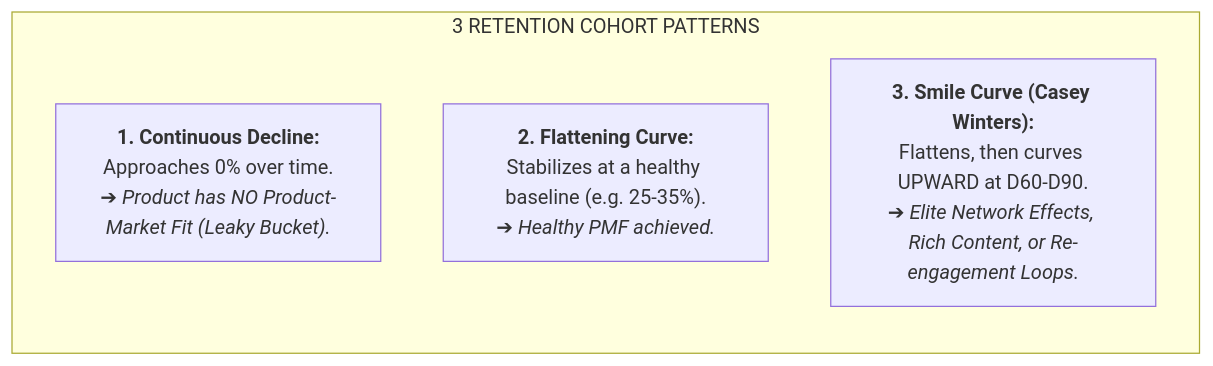
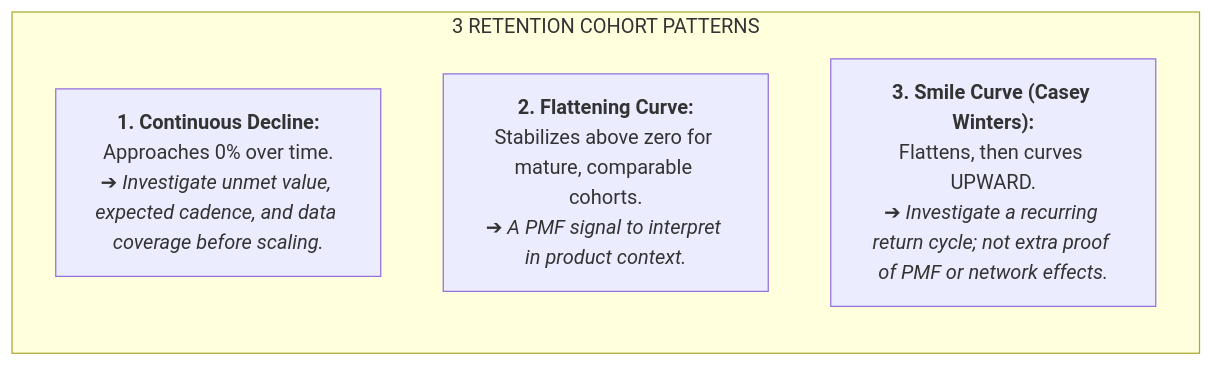
The third of 3 diagrams in skills/analytics/engagement-matrix-analytics/SKILL.md (jimnguyendev/jimmy-kit), drawn with Mermaid before and after one commit. The commit also changed other lines of this file and 92 other files, not shown here.

````diff
--- a/skills/analytics/engagement-matrix-analytics/SKILL.md
+++ b/skills/analytics/engagement-matrix-analytics/SKILL.md
@@ -63,8 +64,8 @@
 ```mermaid
 graph LR
     subgraph CURVES["3 RETENTION COHORT PATTERNS"]
-        C1["<b>1. Continuous Decline:</b><br/>Approaches 0% over time.<br/>➔ <i>Product has NO Product-Market Fit (Leaky Bucket).</i>"]
-        C2["<b>2. Flattening Curve:</b><br/>Stabilizes at a healthy baseline (e.g. 25-35%).<br/>➔ <i>Healthy PMF achieved.</i>"]
-        C3["<b>3. Smile Curve (Casey Winters):</b><br/>Flattens, then curves UPWARD at D60-D90.<br/>➔ <i>Elite Network Effects, Rich Content, or Re-engagement Loops.</i>"]
+        C1["<b>1. Continuous Decline:</b><br/>Approaches 0% over time.<br/>➔ <i>Investigate unmet value, expected cadence, and data coverage before scaling.</i>"]
+        C2["<b>2. Flattening Curve:</b><br/>Stabilizes above zero for mature, comparable cohorts.<br/>➔ <i>A PMF signal to interpret in product context.</i>"]
+        C3["<b>3. Smile Curve (Casey Winters):</b><br/>Flattens, then curves UPWARD.<br/>➔ <i>Investigate a recurring return cycle; not extra proof of PMF or network effects.</i>"]
     end
 ```
````
